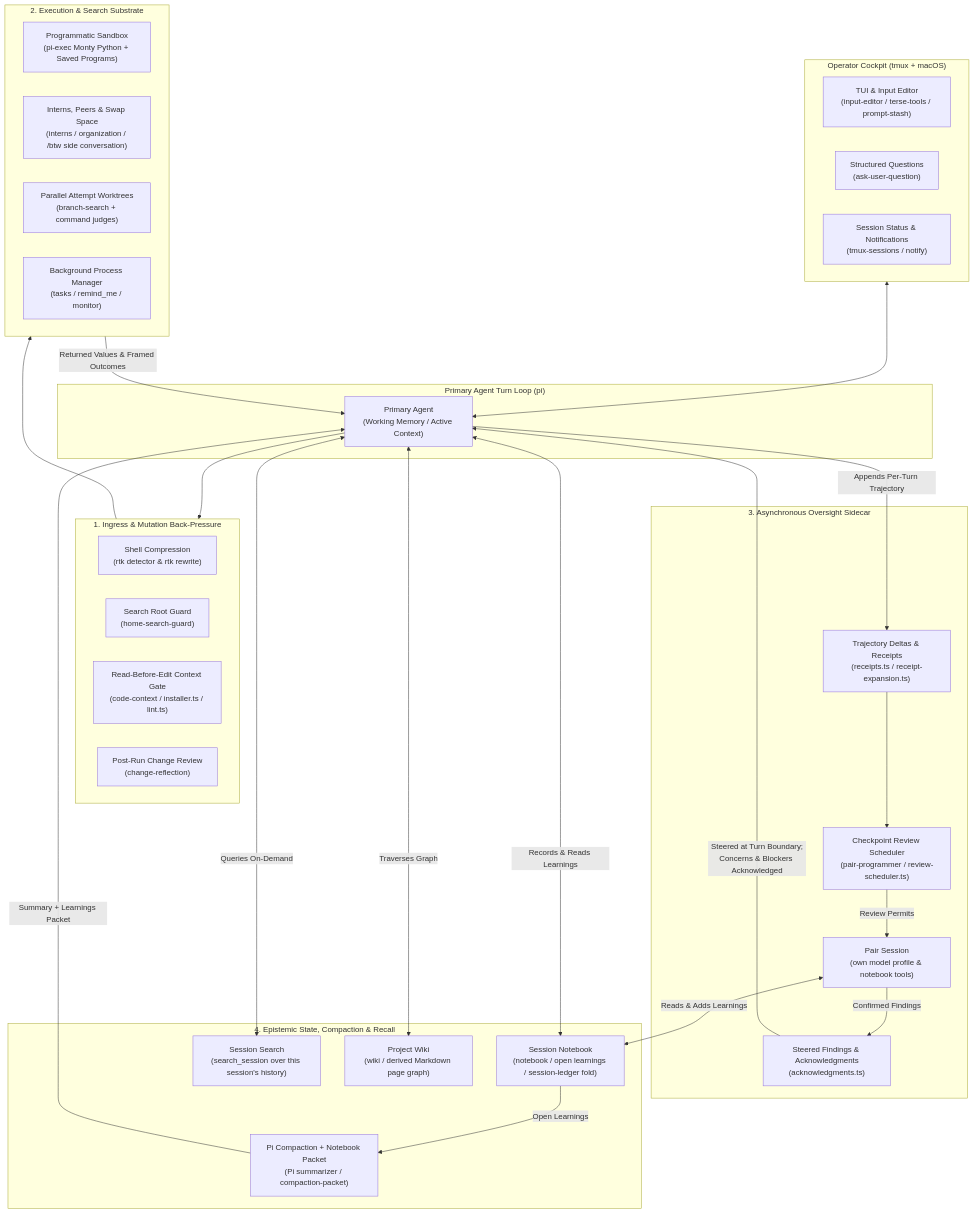
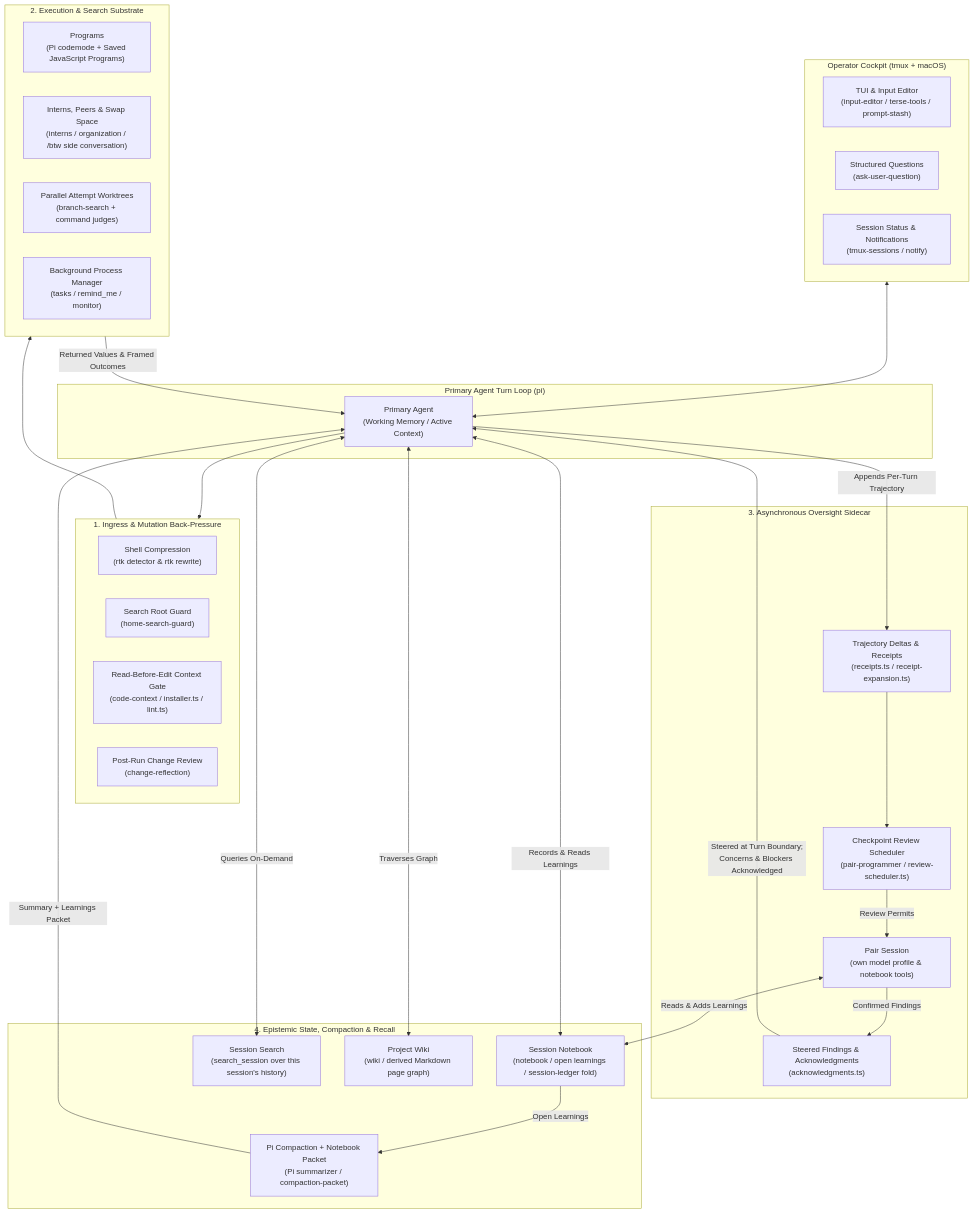
Before and after one commit to z3z1ma/apple-pi: the first of 7 diagrams in README.md, drawn with Mermaid. The commit also changed other lines of this file and 40 other files, not shown here.

Commit message:
docs: programs on codemode replace pi_exec across the docs

````diff
--- a/README.md
+++ b/README.md
@@ -37,58 +37,58 @@
 ```mermaid
 flowchart TB
     subgraph Operator["Operator Cockpit (tmux + macOS)"]
         TUI["TUI & Input Editor<br/>(input-editor / terse-tools / prompt-stash)"]
         ASK["Structured Questions<br/>(ask-user-question)"]
         TMUX["Session Status & Notifications<br/>(tmux-sessions / notify)"]
     end
 
     subgraph PrimaryLoop["Primary Agent Turn Loop (pi)"]
         MAIN["Primary Agent<br/>(Working Memory / Active Context)"]
     end
 
     subgraph BackPressure["1. Ingress & Mutation Back-Pressure"]
         RTK["Shell Compression<br/>(rtk detector & rtk rewrite)"]
         HSG["Search Root Guard<br/>(home-search-guard)"]
         CCG["Read-Before-Edit Context Gate<br/>(code-context / installer.ts / lint.ts)"]
         CREF["Post-Run Change Review<br/>(change-reflection)"]
     end
 
     subgraph Execution["2. Execution & Search Substrate"]
-        PIEXEC["Programmatic Sandbox<br/>(pi-exec Monty Python + Saved Programs)"]
+        PROGRAMS["Programs<br/>(Pi codemode + Saved JavaScript Programs)"]
         SUB["Interns, Peers & Swap Space<br/>(interns / organization / /btw side conversation)"]
         BSEARCH["Parallel Attempt Worktrees<br/>(branch-search + command judges)"]
         TASKS["Background Process Manager<br/>(tasks / remind_me / monitor)"]
     end
 
     subgraph Bicameral["3. Asynchronous Oversight Sidecar"]
         RECEIPTS["Trajectory Deltas & Receipts<br/>(receipts.ts / receipt-expansion.ts)"]
         SCHED["Checkpoint Review Scheduler<br/>(pair-programmer / review-scheduler.ts)"]
         PAIR["Pair Session<br/>(own model profile & notebook tools)"]
         ESC["Steered Findings & Acknowledgments<br/>(acknowledgments.ts)"]
     end
 
     subgraph Memory["4. Epistemic State, Compaction & Recall"]
         LEDGER["Session Notebook<br/>(notebook / open learnings / session-ledger fold)"]
         COMPACT["Pi Compaction + Notebook Packet<br/>(Pi summarizer / compaction-packet)"]
         SSEARCH["Session Search<br/>(search_session over this session's history)"]
         WIKI["Project Wiki<br/>(wiki / derived Markdown page graph)"]
     end
 
     Operator <--> MAIN
     MAIN --> BackPressure
     BackPressure --> Execution
     Execution -->|Returned Values & Framed Outcomes| MAIN
 
     MAIN -->|Appends Per-Turn Trajectory| RECEIPTS
     RECEIPTS --> SCHED
     SCHED -->|Review Permits| PAIR
     PAIR <-->|Reads & Adds Learnings| LEDGER
     PAIR -->|Confirmed Findings| ESC
     ESC -->|Steered at Turn Boundary;<br/>Concerns & Blockers Acknowledged| MAIN
 
     MAIN <-->|Records & Reads Learnings| LEDGER
     LEDGER -->|Open Learnings| COMPACT
     COMPACT -->|Summary + Learnings Packet| MAIN
     MAIN <-->|Queries On-Demand| SSEARCH
     MAIN <-->|Traverses Graph| WIKI
 ```
````
